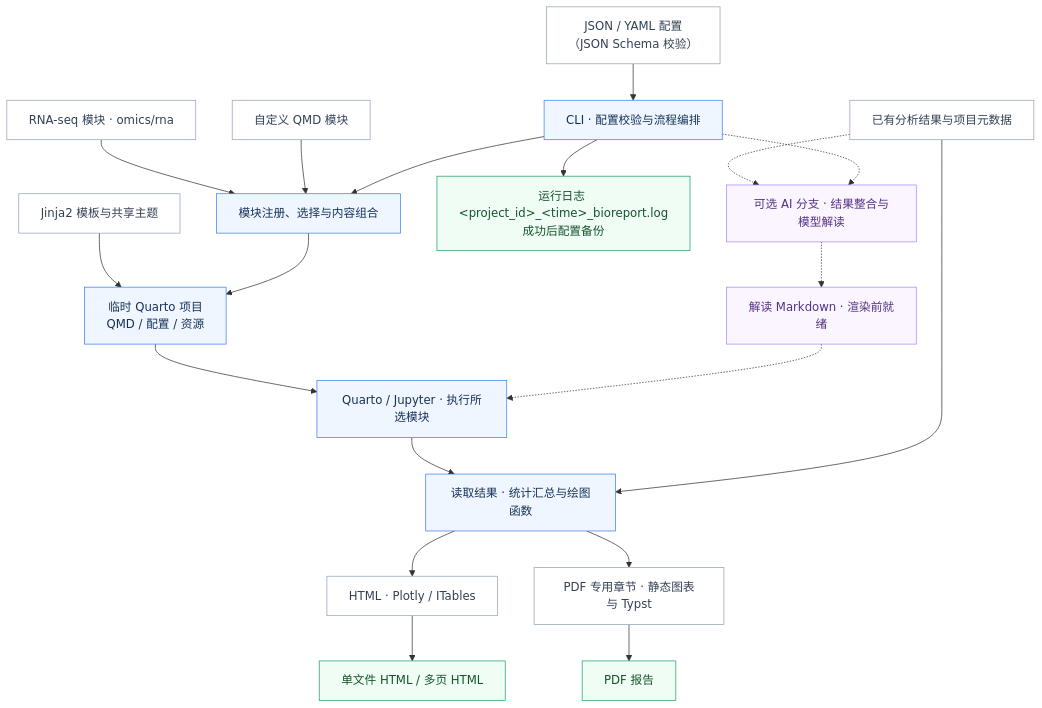
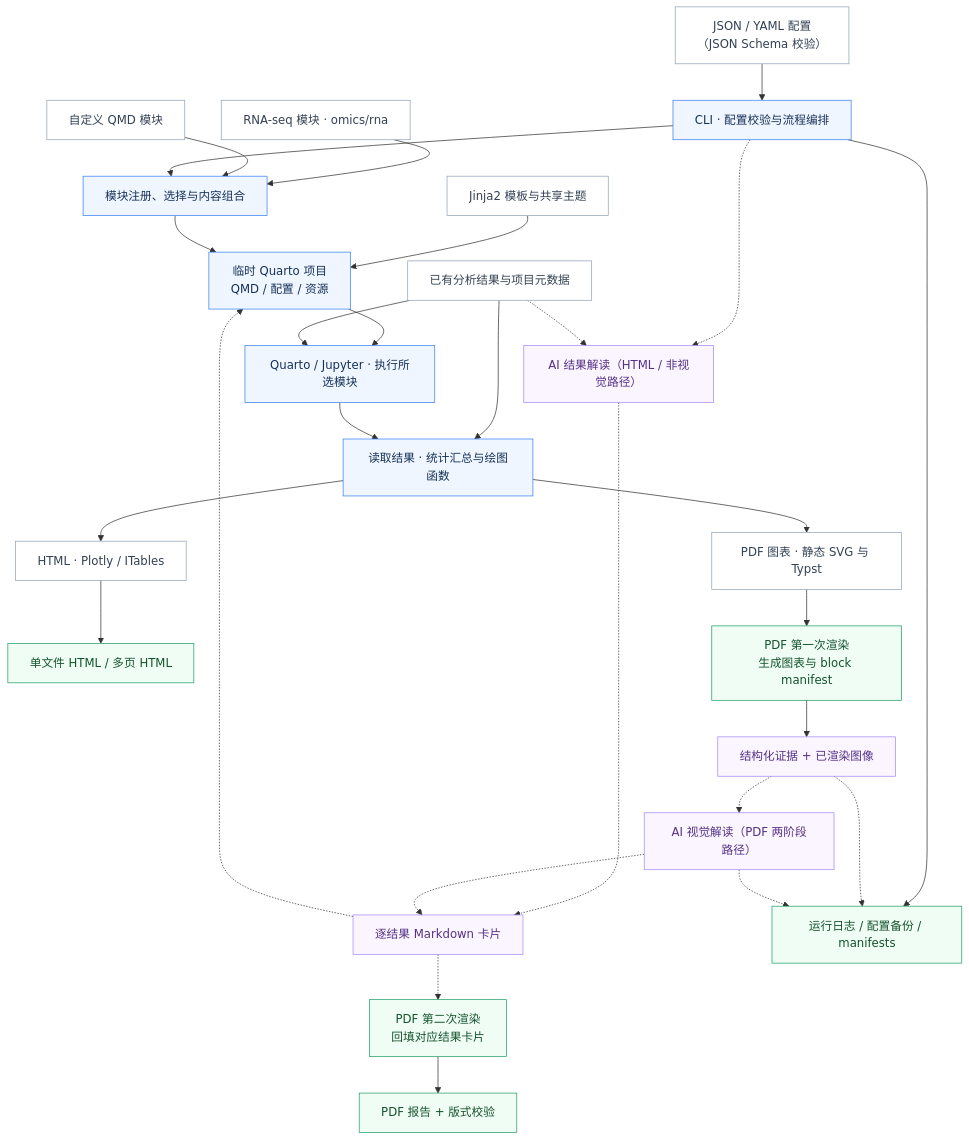
Before and after one commit to xsx123123/bioreport: the diagram in templates/shared/assets/architecture.mmd, drawn with Mermaid. The commit also changed 3 other files, not shown here.

Commit message:
docs: document AI interpretation framework and prompt roadmap

```diff
--- a/templates/shared/assets/architecture.mmd
+++ b/templates/shared/assets/architecture.mmd
@@ -1,25 +1,38 @@
 flowchart TB
   Config["JSON / YAML 配置<br/>（JSON Schema 校验）"] --> Control["CLI · 配置校验与流程编排"]
   RNA["RNA-seq 模块 · omics/rna"] --> Compose["模块注册、选择与内容组合"]
   Custom["自定义 QMD 模块"] --> Compose
   Theme["Jinja2 模板与共享主题"] --> Stage["临时 Quarto 项目<br/>QMD / 配置 / 资源"]
-  Control --> Compose --> Stage --> Execute["Quarto / Jupyter · 执行所选模块"]
-  Execute --> Analysis["读取结果 · 统计汇总与绘图函数"]
-  Data["已有分析结果与项目元数据"] --> Analysis
-  Control --> Records["运行日志 &lt;project_id&gt;_&lt;time&gt;_bioreport.log<br/>成功后配置备份"]
+  Control --> Compose --> Stage
+  Data["已有分析结果与项目元数据"] --> Analysis["读取结果 · 统计汇总与绘图函数"]
+  Stage --> Execute["Quarto / Jupyter · 执行所选模块"]
+  Data --> Execute
+  Execute --> Analysis
+
   Analysis --> HTMLView["HTML · Plotly / ITables"] --> HTML["单文件 HTML / 多页 HTML"]
-  Analysis --> PDFView["PDF 专用章节 · 静态图表与 Typst"] --> PDF["PDF 报告"]
-  Data -.-> AI["可选 AI 分支 · 结果整合与模型解读"]
-  Control -.-> AI
-  AI -.-> Markdown["解读 Markdown · 渲染前就绪"]
-  Markdown -.-> Execute
+  Analysis --> PDFView["PDF 图表 · 静态 SVG 与 Typst"]
+  PDFView --> FirstPDF["PDF 第一次渲染<br/>生成图表与 block manifest"]
+  FirstPDF --> Evidence["结构化证据 + 已渲染图像"]
+
+  Control -.-> AIPre["AI 结果解读（HTML / 非视觉路径）"]
+  Data -.-> AIPre
+  AIPre -.-> Markdown["逐结果 Markdown 卡片"]
+  Markdown -.-> Stage
+  Evidence -.-> AIPost["AI 视觉解读（PDF 两阶段路径）"]
+  AIPost -.-> Markdown
+  Markdown -.-> SecondPDF["PDF 第二次渲染<br/>回填对应结果卡片"]
+  SecondPDF --> PDF["PDF 报告 + 版式校验"]
+
+  Control --> Records["运行日志 / 配置备份 / manifests"]
+  Evidence -.-> Records
+  AIPost -.-> Records
 
   classDef plain fill:#ffffff,stroke:#94a3b8,color:#334155;
   classDef blue fill:#eff6ff,stroke:#3b82f6,color:#173258;
   classDef green fill:#f0fdf4,stroke:#22a06b,color:#14532d;
   classDef optional fill:#faf5ff,stroke:#a78bfa,color:#553285;
 
   class Config,Data,RNA,Custom,Theme,HTMLView,PDFView plain;
   class Control,Compose,Stage,Execute,Analysis blue;
-  class HTML,PDF,Records green;
-  class AI,Markdown optional;
+  class HTML,PDF,Records,FirstPDF,SecondPDF green;
+  class AIPre,AIPost,Markdown,Evidence optional;
```
